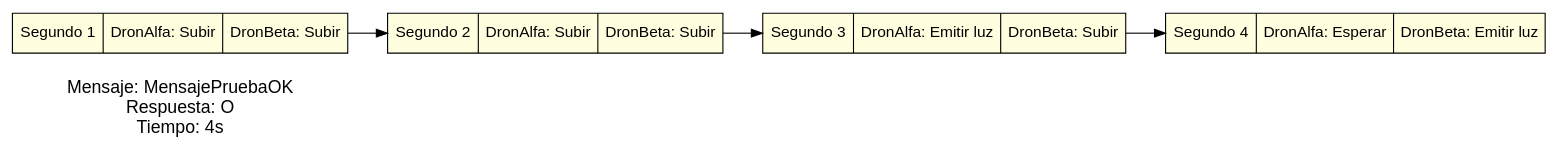
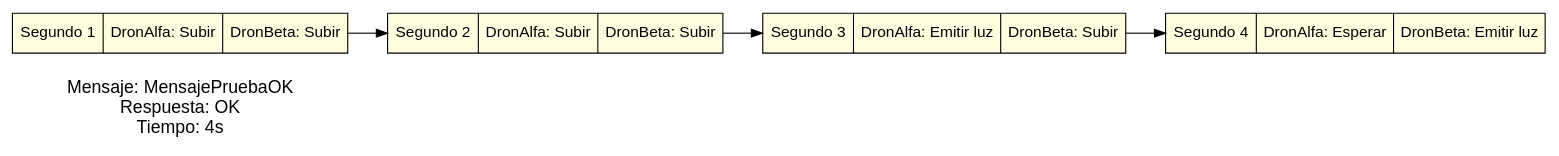
The diagram in wwwroot/graficas/Instrucciones_MensajePruebaOK.dot (EmanuelRev/IPC2_Proyecto2_201907719), drawn with Graphviz before and after one commit. The commit also changed 36 other files, not shown here.

```diff
--- a/wwwroot/graficas/Instrucciones_MensajePruebaOK.dot
+++ b/wwwroot/graficas/Instrucciones_MensajePruebaOK.dot
@@ -1,12 +1,12 @@
 digraph G {
   node [shape=record, style=filled, fillcolor=lightyellow, fontname="Arial"];
   rankdir=LR;
-  Titulo [label="Mensaje: MensajePruebaOK\nRespuesta: O\nTiempo: 4s", shape=plaintext, fillcolor=white, fontsize=16];
+  Titulo [label="Mensaje: MensajePruebaOK\nRespuesta: OK\nTiempo: 4s", shape=plaintext, fillcolor=white, fontsize=16];
   t1 [label="{ Segundo 1 | DronAlfa: Subir | DronBeta: Subir }"];
   t1 -> t2;
   t2 [label="{ Segundo 2 | DronAlfa: Subir | DronBeta: Subir }"];
   t2 -> t3;
   t3 [label="{ Segundo 3 | DronAlfa: Emitir luz | DronBeta: Subir }"];
   t3 -> t4;
   t4 [label="{ Segundo 4 | DronAlfa: Esperar | DronBeta: Emitir luz }"];
 }
```
